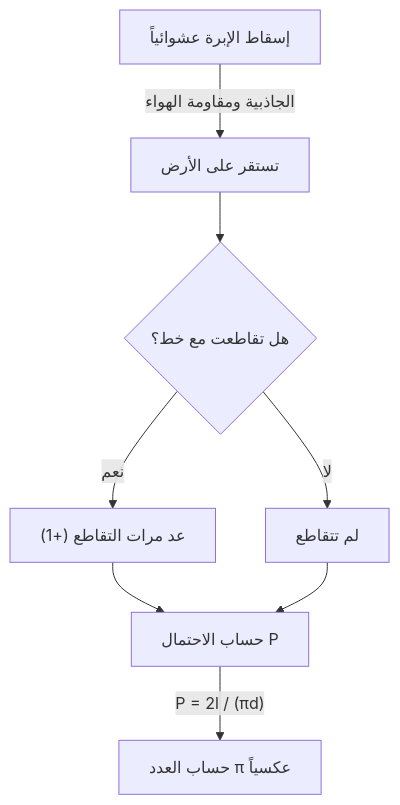
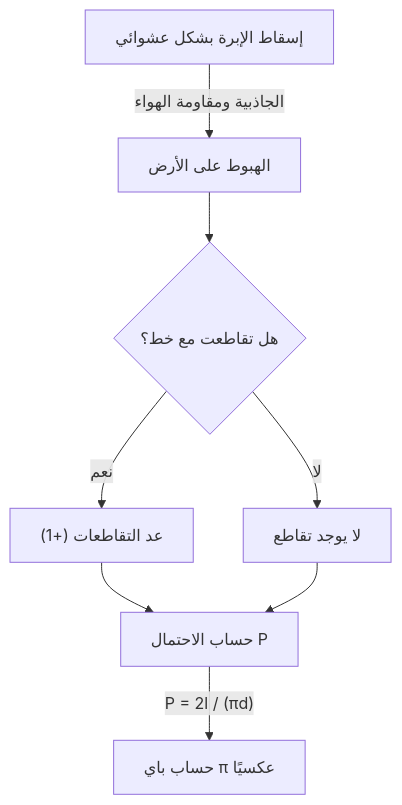
One commit to kenjinote/blog changed the diagram in content/post/buffons-needle/index.ar.md. Above: the diagram before and after it, drawn with Mermaid. The commit also changed other lines of this file and 97 other files, not shown here.

````diff
--- a/content/post/buffons-needle/index.ar.md
+++ b/content/post/buffons-needle/index.ar.md
@@ -36,10 +36,10 @@
 ```mermaid
 graph TD
-    A["إسقاط الإبرة عشوائياً"] -->|"الجاذبية ومقاومة الهواء"| B["تستقر على الأرض"]
+    A["إسقاط الإبرة بشكل عشوائي"] -->|"الجاذبية ومقاومة الهواء"| B["الهبوط على الأرض"]
     B --> C{"هل تقاطعت مع خط؟"}
-    C -->|"نعم"| D["عد مرات التقاطع (+1)"]
-    C -->|"لا"| E["لم تتقاطع"]
+    C -->|"نعم"| D["عد التقاطعات (+1)"]
+    C -->|"لا"| E["لا يوجد تقاطع"]
     D --> F["حساب الاحتمال P"]
     E --> F
-    F -->|"P = 2l / (πd)"| G["حساب العدد π عكسياً"]
+    F -->|"P = 2l / (πd)"| G["حساب باي π عكسيًا"]
 ```
````
